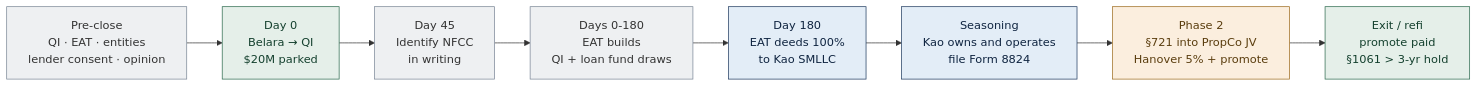
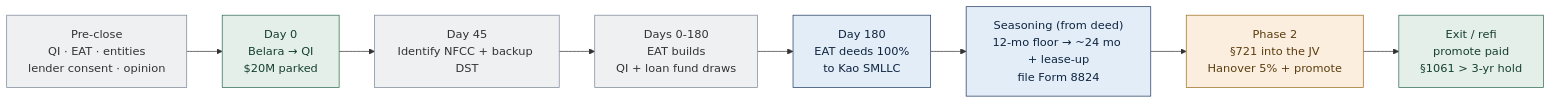
Before and after one commit to EthanCow/North-Forsyth-1031-Diagrams: the second of 2 diagrams in North_Forsyth_1031_Diagrams.md, drawn with Mermaid. The commit also changed other lines of this file and 2 other files, not shown here.

````diff
--- a/North_Forsyth_1031_Diagrams.md
+++ b/North_Forsyth_1031_Diagrams.md
@@ -395,16 +65,16 @@
 ```mermaid
 flowchart LR
   A["Pre-close<br/>QI · EAT · entities<br/>lender consent · opinion"]:::neutral
   B["Day 0<br/>Belara → QI<br/>$20M parked"]:::asset
-  C["Day 45<br/>Identify NFCC<br/>in writing"]:::neutral
+  C["Day 45<br/>Identify NFCC + backup DST"]:::neutral
   D["Days 0-180<br/>EAT builds<br/>QI + loan fund draws"]:::neutral
   E["Day 180<br/>EAT deeds 100%<br/>to Kao SMLLC"]:::kao
-  F["Seasoning<br/>Kao owns and operates<br/>file Form 8824"]:::kao
-  G["Phase 2<br/>§721 into PropCo JV<br/>Hanover 5% + promote"]:::han
+  F["Seasoning (from deed)<br/>12-mo floor → ~24 mo + lease-up<br/>file Form 8824"]:::kao
+  G["Phase 2<br/>§721 into the JV<br/>Hanover 5% + promote"]:::han
   H["Exit / refi<br/>promote paid<br/>§1061 > 3-yr hold"]:::asset
   A --> B --> C --> D --> E --> F --> G --> H
   classDef kao fill:#e3edf7,stroke:#1f3a5f,color:#0f2440;
   classDef han fill:#fbeede,stroke:#9c6b1e,color:#5a3d0e;
   classDef neutral fill:#eef0f2,stroke:#7a8696,color:#333;
   classDef asset fill:#e5efe9,stroke:#2d6a4f,color:#14402e;
 ```
````
